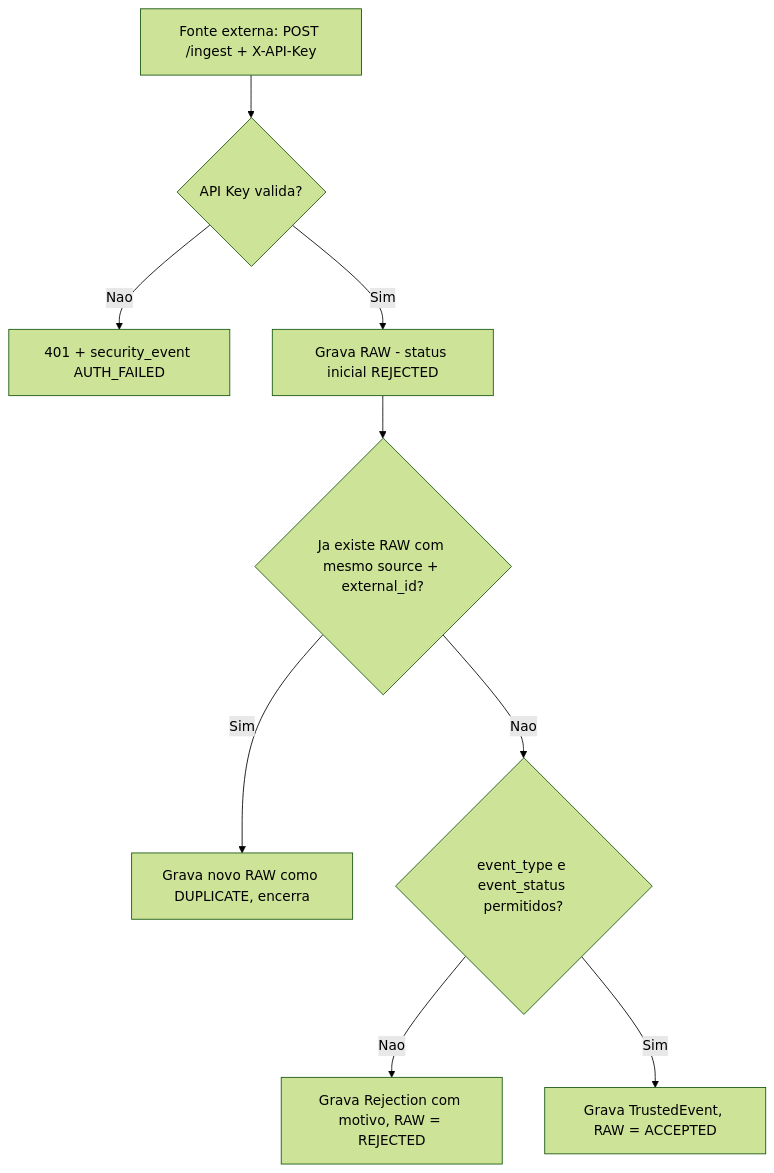
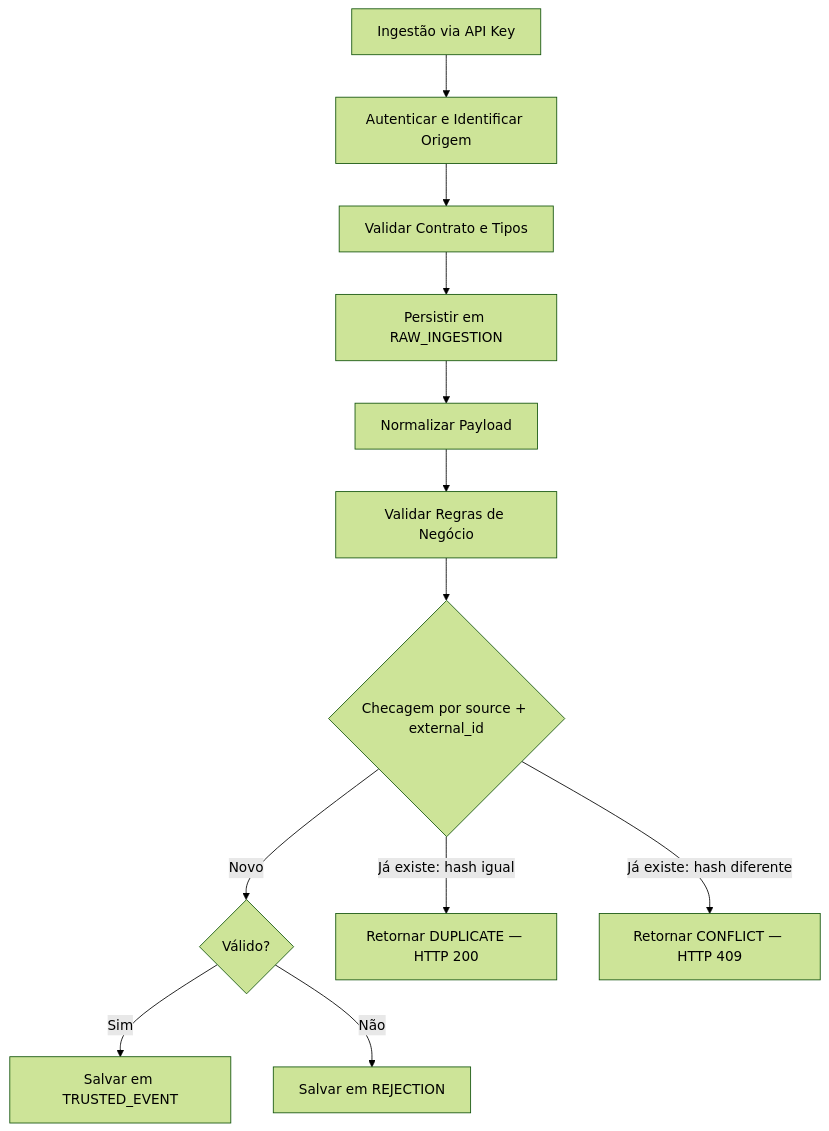
One commit to r0b3rTdk/data_pipeline_api changed the diagram in README.md. Above: the diagram before and after it, drawn with Mermaid (forest theme). The commit also changed other lines of this file and 11 other files, not shown here.

Commit message:
feat: implementa idempotência real via hash de payload e exemplos no Swagger

````diff
--- a/README.md
+++ b/README.md
@@ -24,11 +19,14 @@
 ```mermaid
 flowchart TD
-    A[Fonte externa: POST /ingest + X-API-Key] --> B{API Key valida?}
-    B -- Nao --> C[401 + security_event AUTH_FAILED]
-    B -- Sim --> D[Grava RAW - status inicial REJECTED]
-    D --> E{Ja existe RAW com mesmo source + external_id?}
-    E -- Sim --> F[Grava novo RAW como DUPLICATE, encerra]
-    E -- Nao --> G{event_type e event_status permitidos?}
-    G -- Nao --> H[Grava Rejection com motivo, RAW = REJECTED]
-    G -- Sim --> I[Grava TrustedEvent, RAW = ACCEPTED]
+    A[Ingestão via API Key] --> B[Autenticar e Identificar Origem]
+    B --> C[Validar Contrato e Tipos]
+    C --> D[Persistir em RAW_INGESTION]
+    D --> E[Normalizar Payload]
+    E --> F[Validar Regras de Negócio]
+    F --> G{Checagem por source + external_id}
+    G -- Novo --> H{Válido?}
+    H -- Sim --> I[Salvar em TRUSTED_EVENT]
+    H -- Não --> J[Salvar em REJECTION]
+    G -- Já existe: hash igual --> K[Retornar DUPLICATE — HTTP 200]
+    G -- Já existe: hash diferente --> L[Retornar CONFLICT — HTTP 409]
 ```
````
